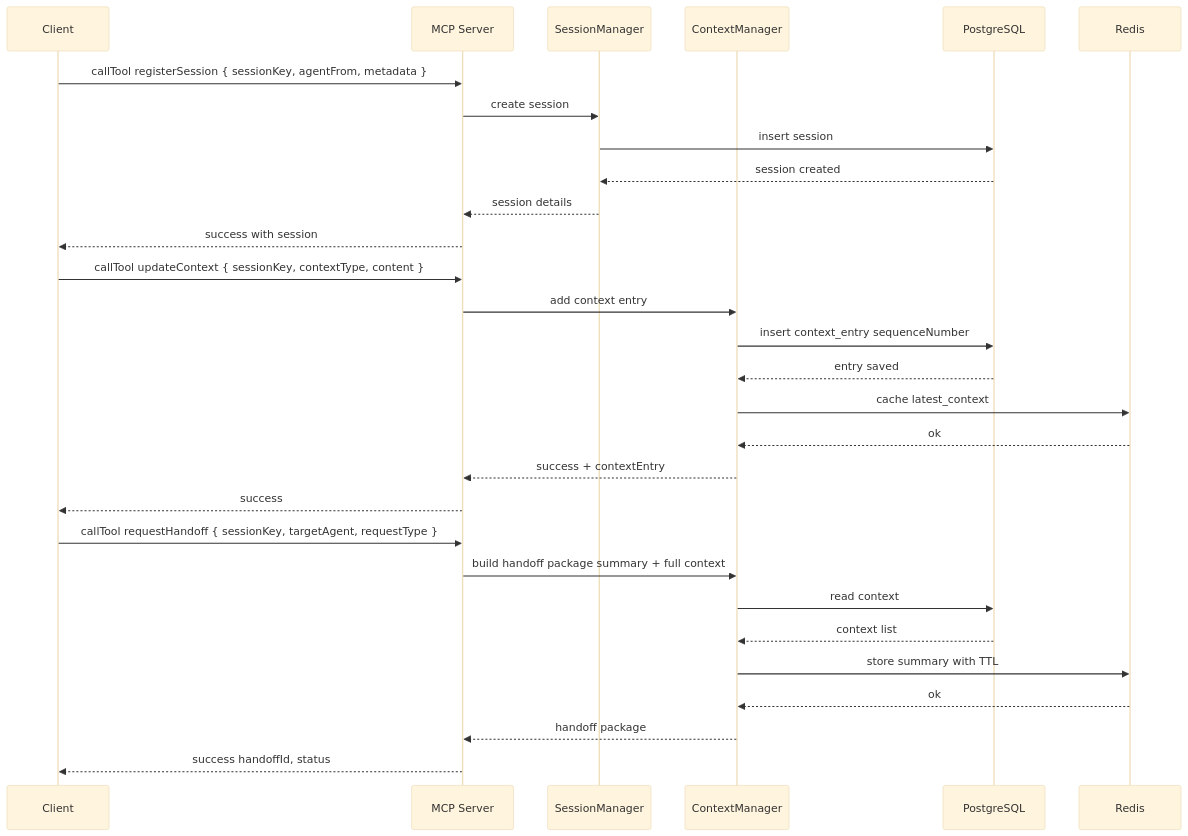
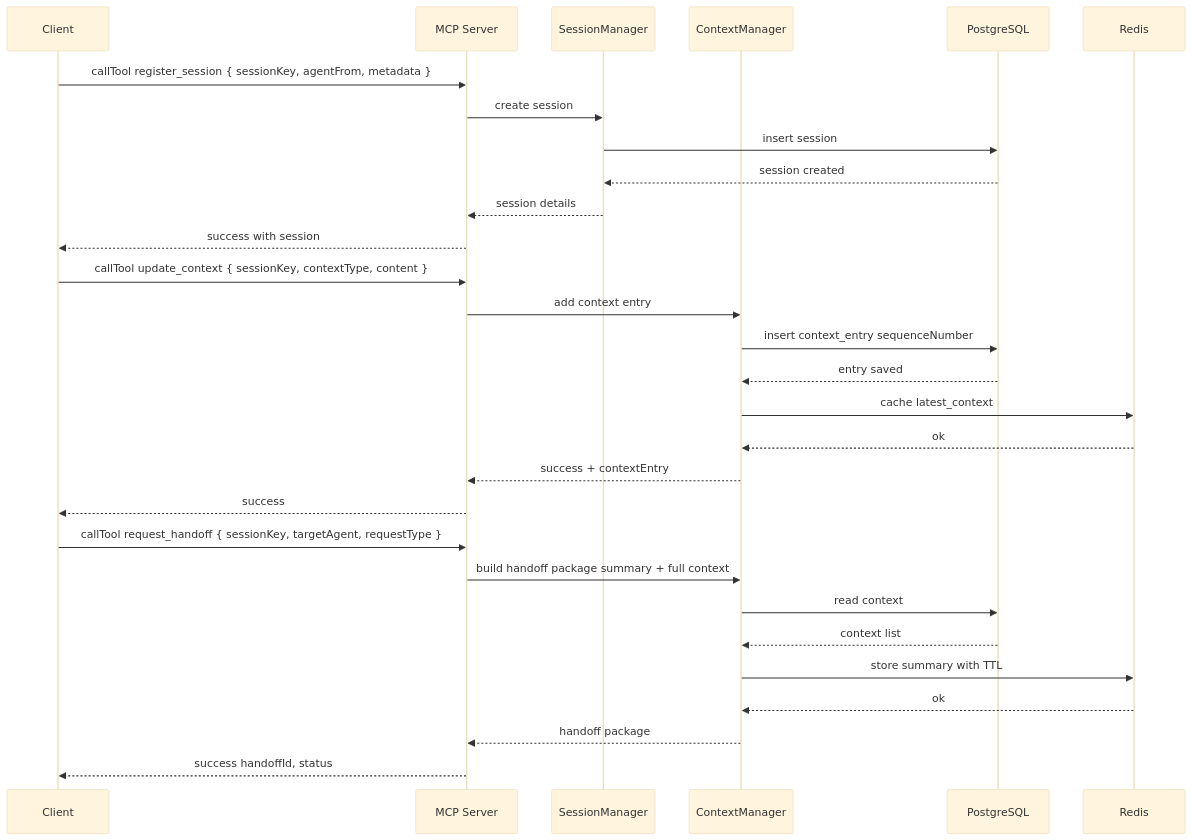
One commit to ragusa-it/ai-handoff-mcp changed the second of 3 diagrams in docs/core-concepts.md. Above: the diagram before and after it, drawn with Mermaid (base theme). The commit also changed other lines of this file and 11 other files, not shown here.

First line of the commit message:
docs: standardize MCP tool names, expand resources and config guides

````diff
--- a/docs/core-concepts.md
+++ b/docs/core-concepts.md
@@ -67,34 +67,34 @@
 ```mermaid
 sequenceDiagram
   participant Client
   participant MCP as MCP Server
   participant SM as SessionManager
   participant CM as ContextManager
   participant DB as PostgreSQL
   participant R as Redis
 
-  Client->>MCP: callTool registerSession { sessionKey, agentFrom, metadata }
+  Client->>MCP: callTool register_session { sessionKey, agentFrom, metadata }
   MCP->>SM: create session
   SM->>DB: insert session
   DB-->>SM: session created
   SM-->>MCP: session details
   MCP-->>Client: success with session
 
-  Client->>MCP: callTool updateContext { sessionKey, contextType, content }
+  Client->>MCP: callTool update_context { sessionKey, contextType, content }
   MCP->>CM: add context entry
   CM->>DB: insert context_entry sequenceNumber
   DB-->>CM: entry saved
   CM->>R: cache latest_context
   R-->>CM: ok
   CM-->>MCP: success + contextEntry
   MCP-->>Client: success
 
-  Client->>MCP: callTool requestHandoff { sessionKey, targetAgent, requestType }
+  Client->>MCP: callTool request_handoff { sessionKey, targetAgent, requestType }
   MCP->>CM: build handoff package summary + full context
   CM->>DB: read context
   DB-->>CM: context list
   CM->>R: store summary with TTL
   R-->>CM: ok
   CM-->>MCP: handoff package
   MCP-->>Client: success handoffId, status
 ```
````
